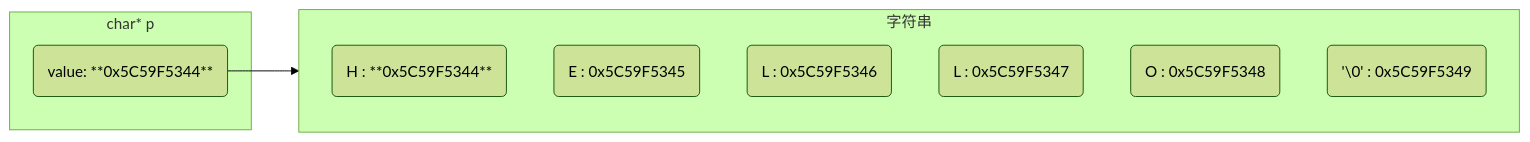
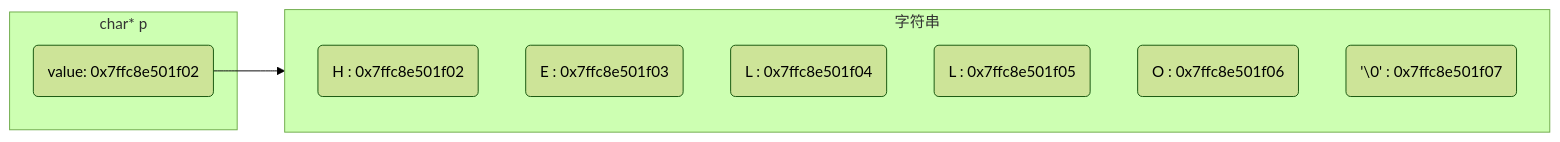
Before and after one commit to dmjcb/dmjcb.github.io: the second of 2 diagrams in _posts/language/c_c++/2021-11-13-字符.md, drawn with Mermaid (forest theme). The commit also changed other lines of this file and 61 other files, not shown here.

Commit message:
添加代码运行图片

````diff
--- a/_posts/language/c_c++/2021-11-13-字符.md
+++ b/_posts/language/c_c++/2021-11-13-字符.md
@@ -116,15 +117,15 @@
 ```mermaid
 graph LR
     subgraph 字符串
         direction TB
-        a0(H : **0x5C59F5344**)
-        a1(E : 0x5C59F5345)
-        a2(L : 0x5C59F5346)
-        a3(L : 0x5C59F5347)
-        a4(O : 0x5C59F5348)
-        a5('\0' : 0x5C59F5349)
+        a0(H : 0x7ffc8e501f02)
+        a1(E : 0x7ffc8e501f03)
+        a2(L : 0x7ffc8e501f04)
+        a3(L : 0x7ffc8e501f05)
+        a4(O : 0x7ffc8e501f06)
+        a5('\0' : 0x7ffc8e501f07)
     end
     subgraph char* p
-        v(value: **0x5C59F5344**)-->a0
+        v(value: 0x7ffc8e501f02)-->a0
     end
 ```
````
